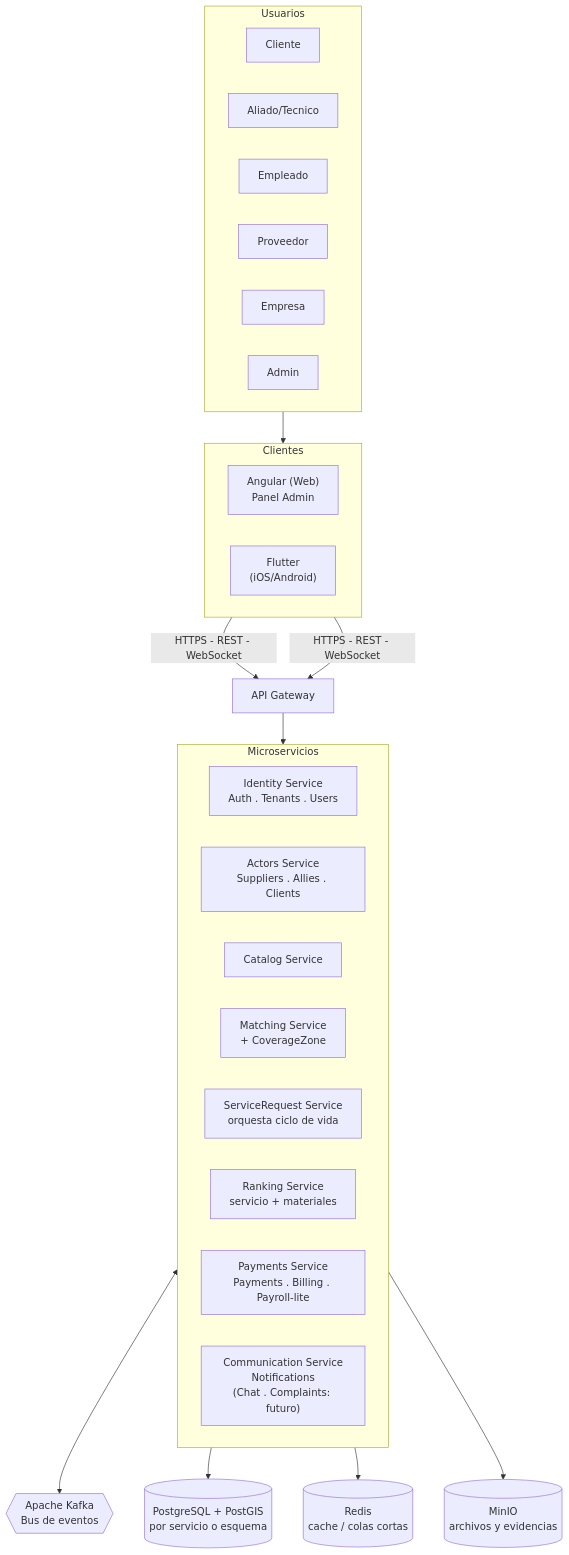
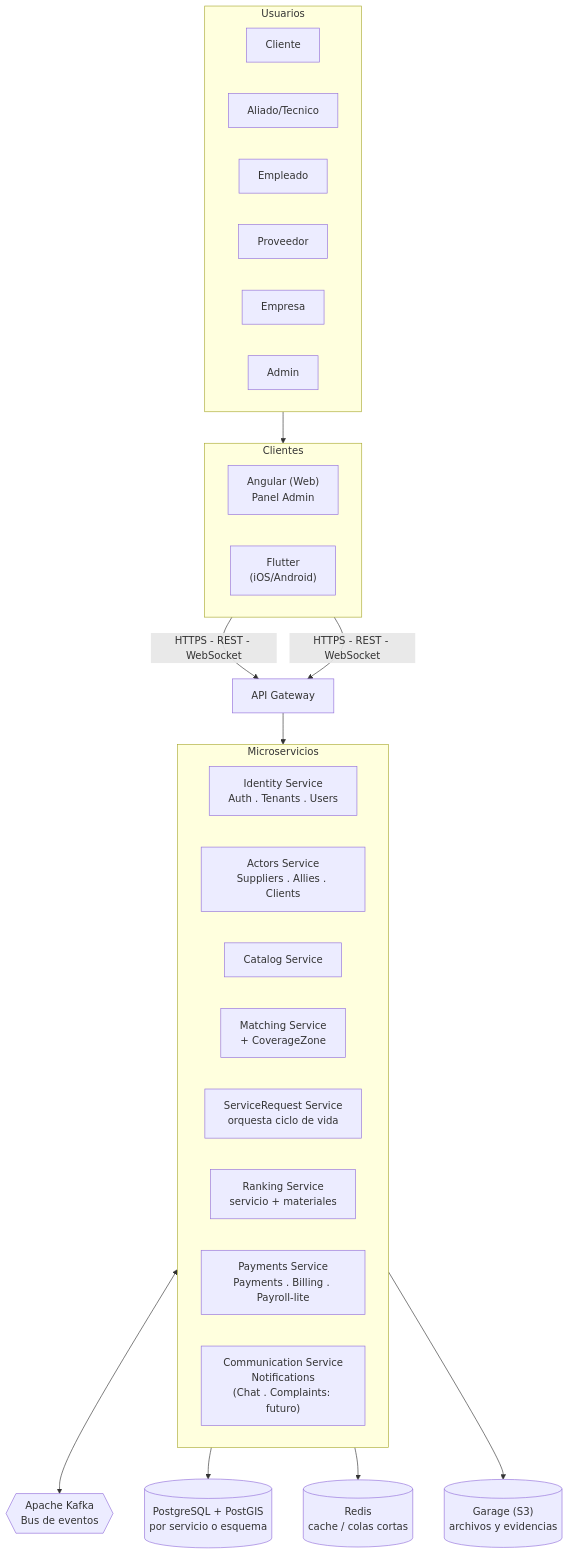
Before and after one commit to ARQUI-202630/quickpatch: the first of 4 diagrams in docs/architecture/SAD.md, drawn with Mermaid. The commit also changed other lines of this file and 1 other file, not shown here.

First line of the commit message:
docs(arquitectura): ADR-016 Garage, ADR-015 aceptado y SAD V2.13

````diff
--- a/docs/architecture/SAD.md
+++ b/docs/architecture/SAD.md
@@ -793,47 +793,47 @@
 ```mermaid
 flowchart TB
     subgraph Usuarios["Usuarios"]
         direction LR
         U1[Cliente]
         U2[Aliado/Tecnico]
         U3[Empleado]
         U4[Proveedor]
         U5[Empresa]
         U6[Admin]
     end
 
     subgraph Frontend["Clientes"]
         direction LR
         WEB["Angular (Web)<br/>Panel Admin"]
         MOBILE["Flutter<br/>(iOS/Android)"]
     end
 
     Usuarios --> Frontend
 
     WEB -->|"HTTPS - REST - WebSocket"| GW
     MOBILE -->|"HTTPS - REST - WebSocket"| GW
 
     GW["API Gateway"]
 
     subgraph Services["Microservicios"]
         direction LR
         S1["Identity Service<br/>Auth . Tenants . Users"]
         S2["Actors Service<br/>Suppliers . Allies . Clients"]
         S3["Catalog Service"]
         S4["Matching Service<br/>+ CoverageZone"]
         S5["ServiceRequest Service<br/>orquesta ciclo de vida"]
         S6["Ranking Service<br/>servicio + materiales"]
         S7["Payments Service<br/>Payments . Billing . Payroll-lite"]
         S8["Communication Service<br/>Notifications<br/>(Chat . Complaints: futuro)"]
     end
 
     GW --> Services
 
     KAFKA{{"Apache Kafka<br/>Bus de eventos"}}
 
     Services <--> KAFKA
 
     Services --> DB[("PostgreSQL + PostGIS<br/>por servicio o esquema")]
     Services --> CACHE[("Redis<br/>cache / colas cortas")]
-    Services --> STORAGE[("MinIO<br/>archivos y evidencias")]
+    Services --> STORAGE[("Garage (S3)<br/>archivos y evidencias")]
 ```
````
